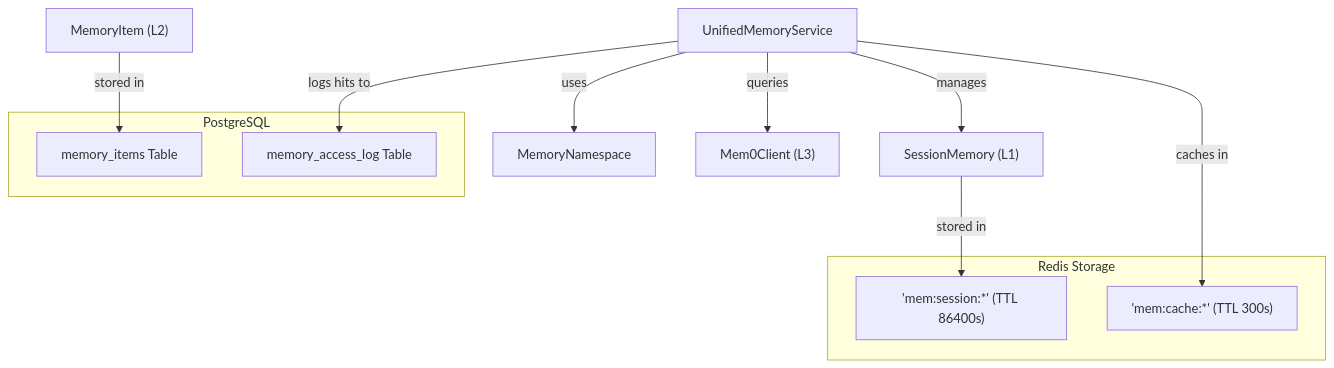
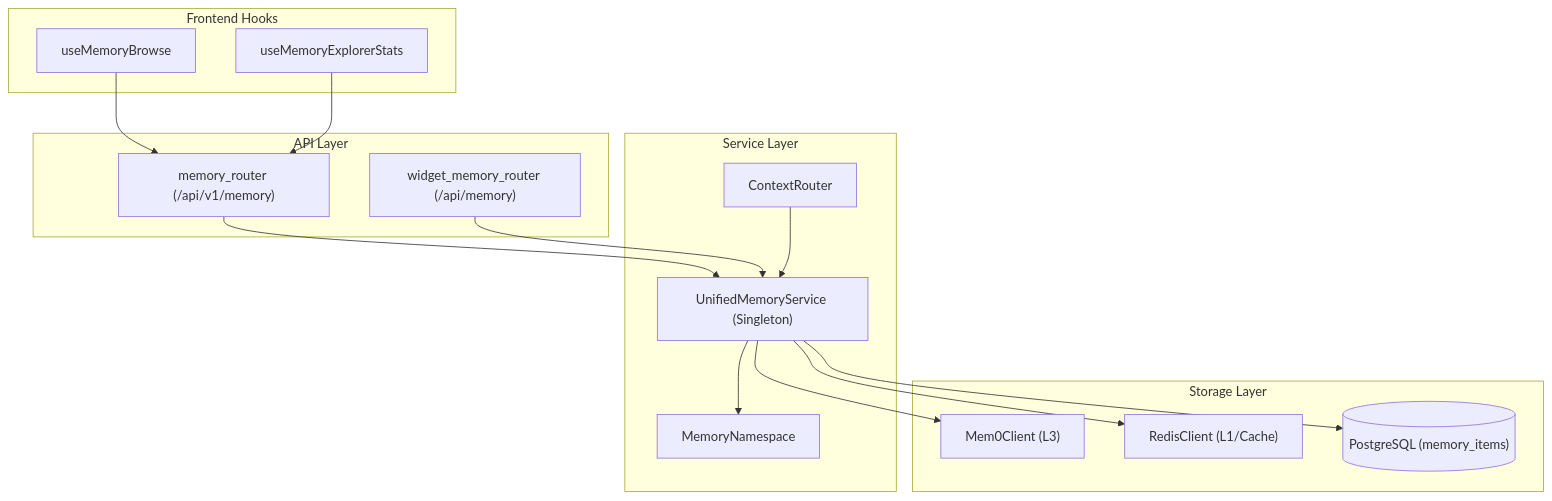
Before and after one commit to AutomatosAI/automatos-ai: the second of 2 diagrams in docs/memory-system/memory-api-reference.md, drawn with Mermaid. The commit also changed other lines of this file and 153 other files, not shown here.

````diff
--- a/docs/memory-system/memory-api-reference.md
+++ b/docs/memory-system/memory-api-reference.md
@@ -192,26 +164,35 @@
 ```mermaid
 graph TD
-    UMS["UnifiedMemoryService"]
-    NS["MemoryNamespace"]
-    SM["SessionMemory (L1)"]
-    MI["MemoryItem (L2)"]
-    M0["Mem0Client (L3)"]
+    subgraph "API Layer"
+        MR["memory_router (/api/v1/memory)"]
+        WMR["widget_memory_router (/api/memory)"]
+    end
+
+    subgraph "Service Layer"
+        UMS["UnifiedMemoryService (Singleton)"]
+        CR["ContextRouter"]
+        NS["MemoryNamespace"]
+    end
+
+    subgraph "Storage Layer"
+        M0C["Mem0Client (L3)"]
+        RC["RedisClient (L1/Cache)"]
+        DB[("PostgreSQL (memory_items)")]
+    end
+
+    MR --> UMS
+    WMR --> UMS
+    UMS --> NS
+    UMS --> M0C
+    UMS --> RC
+    UMS --> DB
+    CR --> UMS
     
-    subgraph "Redis Storage"
-        R_SESS["'mem:session:*' (TTL 86400s)"]
-        R_CACHE["'mem:cache:*' (TTL 300s)"]
+    subgraph "Frontend Hooks"
+        UMB["useMemoryBrowse"]
+        UMS_H["useMemoryExplorerStats"]
     end
     
-    subgraph "PostgreSQL"
-        DB_MI["memory_items Table"]
-        DB_AL["memory_access_log Table"]
-    end
-
-    UMS -->|"uses"| NS
-    UMS -->|"manages"| SM
-    UMS -->|"queries"| M0
-    SM -->|"stored in"| R_SESS
-    UMS -->|"caches in"| R_CACHE
-    MI -->|"stored in"| DB_MI
-    UMS -->|"logs hits to"| DB_AL
+    UMB --> MR
+    UMS_H --> MR
 ```
````
